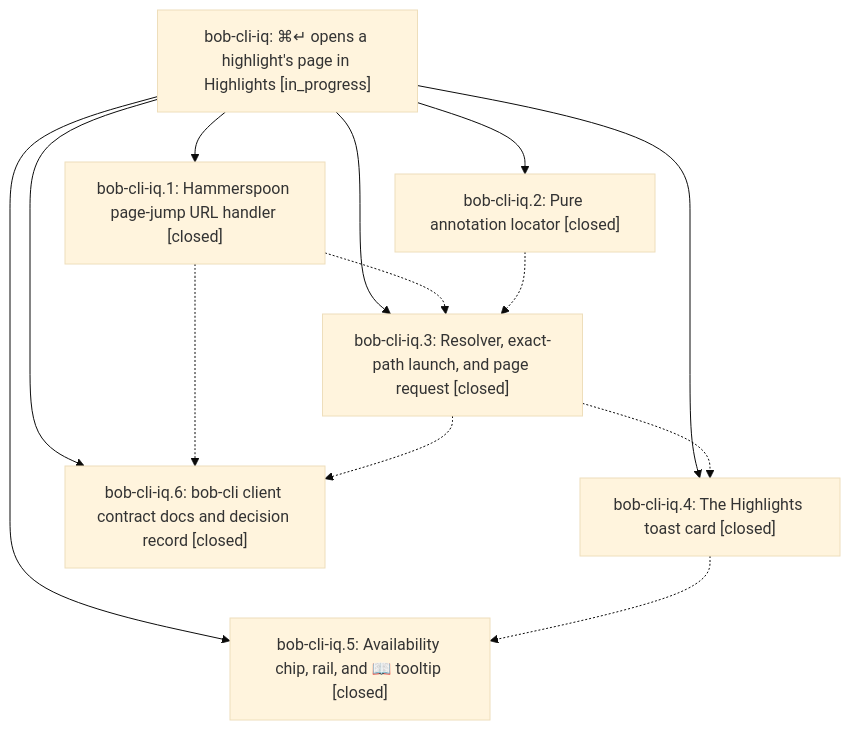
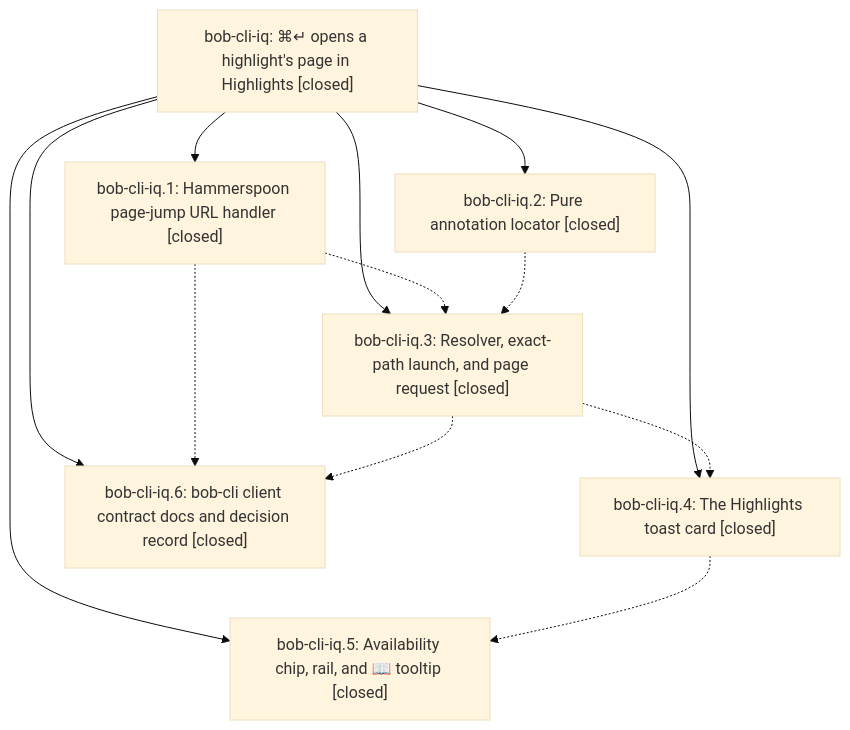
One commit to bobs-org/bob-cli--beads changed the diagram in pages/bob-cli-iq/README.md. Above: the diagram before and after it, drawn with Mermaid (base theme). The commit also changed other lines of this file and 1 other file, not shown here.

First line of the commit message:
chore(beads): sync bead state and pages for bob-cli-iq

````diff
--- a/pages/bob-cli-iq/README.md
+++ b/pages/bob-cli-iq/README.md
@@ -41,22 +63,22 @@
 ```mermaid
 flowchart TD
-    n0["bob-cli-iq: ⌘↵ opens a highlight's page in Highlights [in_progress]"]
+    n0["bob-cli-iq: ⌘↵ opens a highlight's page in Highlights [closed]"]
     n1["bob-cli-iq.1: Hammerspoon page-jump URL handler [closed]"]
     n2["bob-cli-iq.2: Pure annotation locator [closed]"]
     n3["bob-cli-iq.3: Resolver, exact-path launch, and page request [closed]"]
     n4["bob-cli-iq.4: The Highlights toast card [closed]"]
     n5["bob-cli-iq.5: Availability chip, rail, and 📖 tooltip [closed]"]
     n6["bob-cli-iq.6: bob-cli client contract docs and decision record [closed]"]
     n0 --> n1
     n0 --> n2
     n0 --> n3
     n0 --> n4
     n0 --> n5
     n0 --> n6
     n1 -.-> n3
     n1 -.-> n6
     n2 -.-> n3
     n3 -.-> n4
     n3 -.-> n6
     n4 -.-> n5
 ```
````
